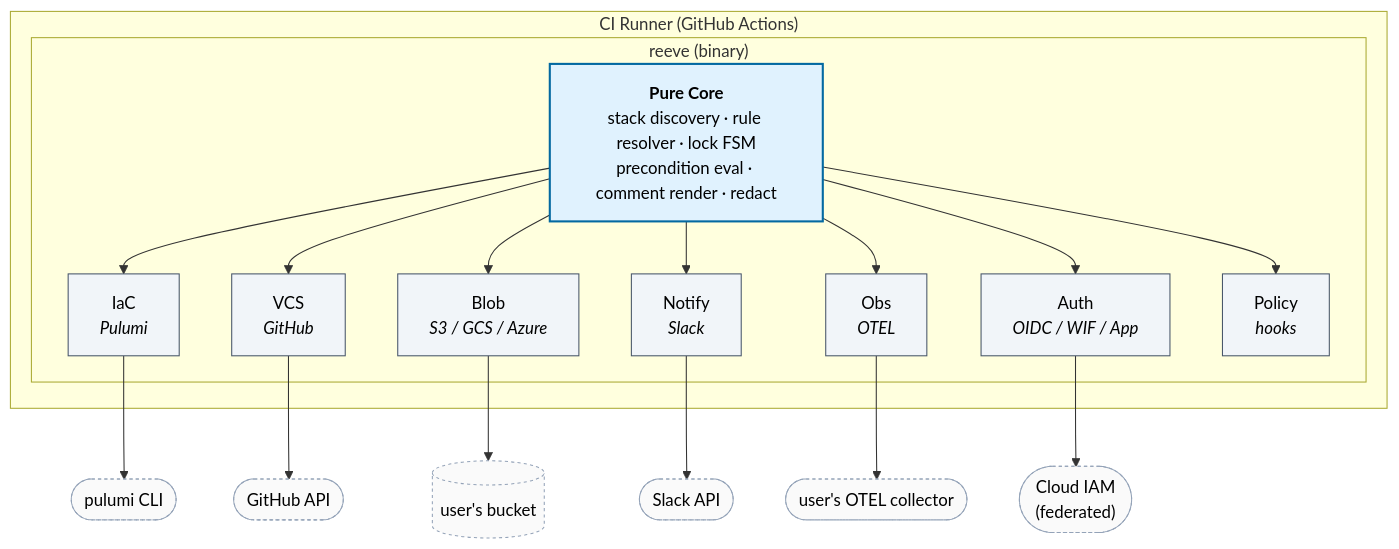
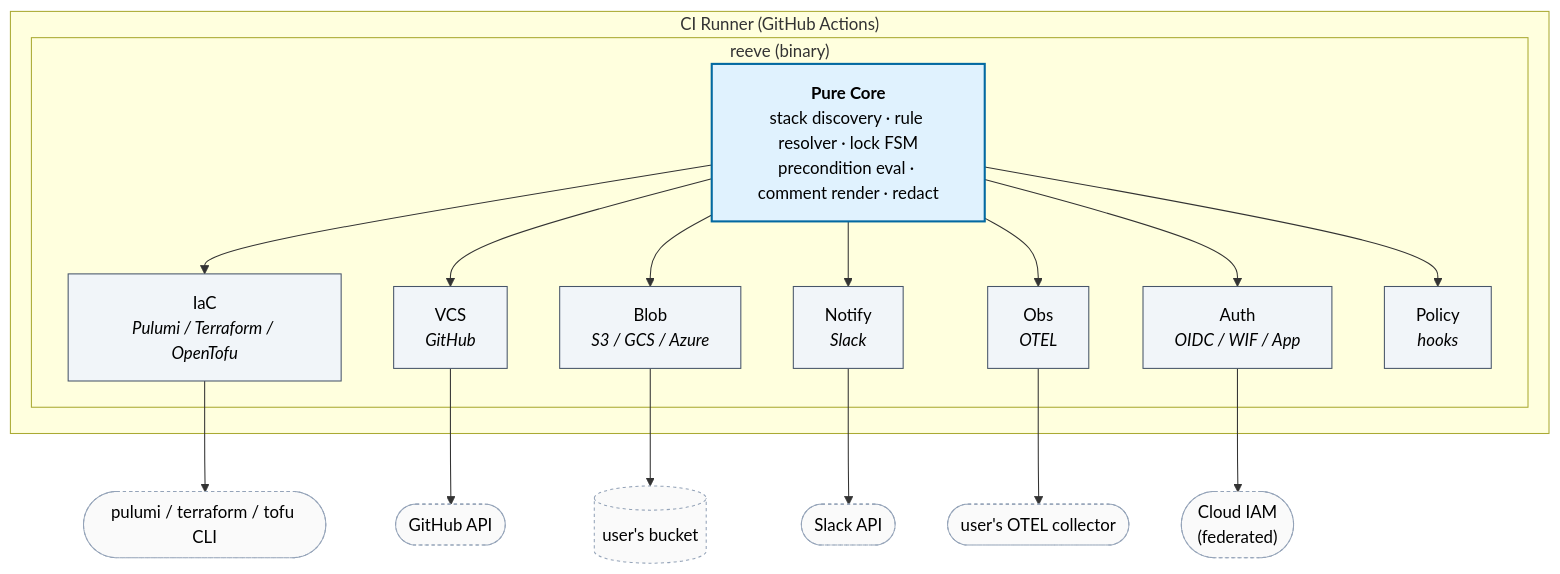
Before and after one commit to FynxLabs/reeve: the diagram in README.md, drawn with Mermaid. The commit also changed other lines of this file and 5 other files, not shown here.

First line of the commit message:
docs(iac): terraform/tofu configuration, drift, and spec delta

````diff
--- a/README.md
+++ b/README.md
@@ -169,29 +172,29 @@
 ```mermaid
 flowchart TB
   subgraph CI["CI Runner (GitHub Actions)"]
     subgraph Reeve["reeve (binary)"]
       Core["<b>Pure Core</b><br/>stack discovery · rule resolver · lock FSM<br/>precondition eval · comment render · redact"]
-      Core --> IaC["IaC<br/><i>Pulumi</i>"]
+      Core --> IaC["IaC<br/><i>Pulumi / Terraform / OpenTofu</i>"]
       Core --> VCS["VCS<br/><i>GitHub</i>"]
       Core --> Blob["Blob<br/><i>S3 / GCS / Azure</i>"]
       Core --> Notify["Notify<br/><i>Slack</i>"]
       Core --> Obs["Obs<br/><i>OTEL</i>"]
       Core --> Auth["Auth<br/><i>OIDC / WIF / App</i>"]
       Core --> Policy["Policy<br/><i>hooks</i>"]
     end
   end
 
-  IaC --> PulumiCLI(["pulumi CLI"])
+  IaC --> PulumiCLI(["pulumi / terraform / tofu CLI"])
   VCS --> GitHubAPI(["GitHub API"])
   Blob --> Bucket[("user's bucket")]
   Notify --> SlackAPI(["Slack API"])
   Obs --> OTELCollector(["user's OTEL collector"])
   Auth --> CloudIAM(["Cloud IAM<br/>(federated)"])
 
   classDef core fill:#e0f2fe,stroke:#0369a1,stroke-width:2px,color:#000;
   classDef adapter fill:#f1f5f9,stroke:#475569,color:#000;
   classDef ext fill:#fafafa,stroke:#94a3b8,stroke-dasharray:3 3,color:#000;
   class Core core;
   class IaC,VCS,Blob,Notify,Obs,Auth,Policy adapter;
   class PulumiCLI,GitHubAPI,Bucket,SlackAPI,OTELCollector,CloudIAM ext;
 ```
````
